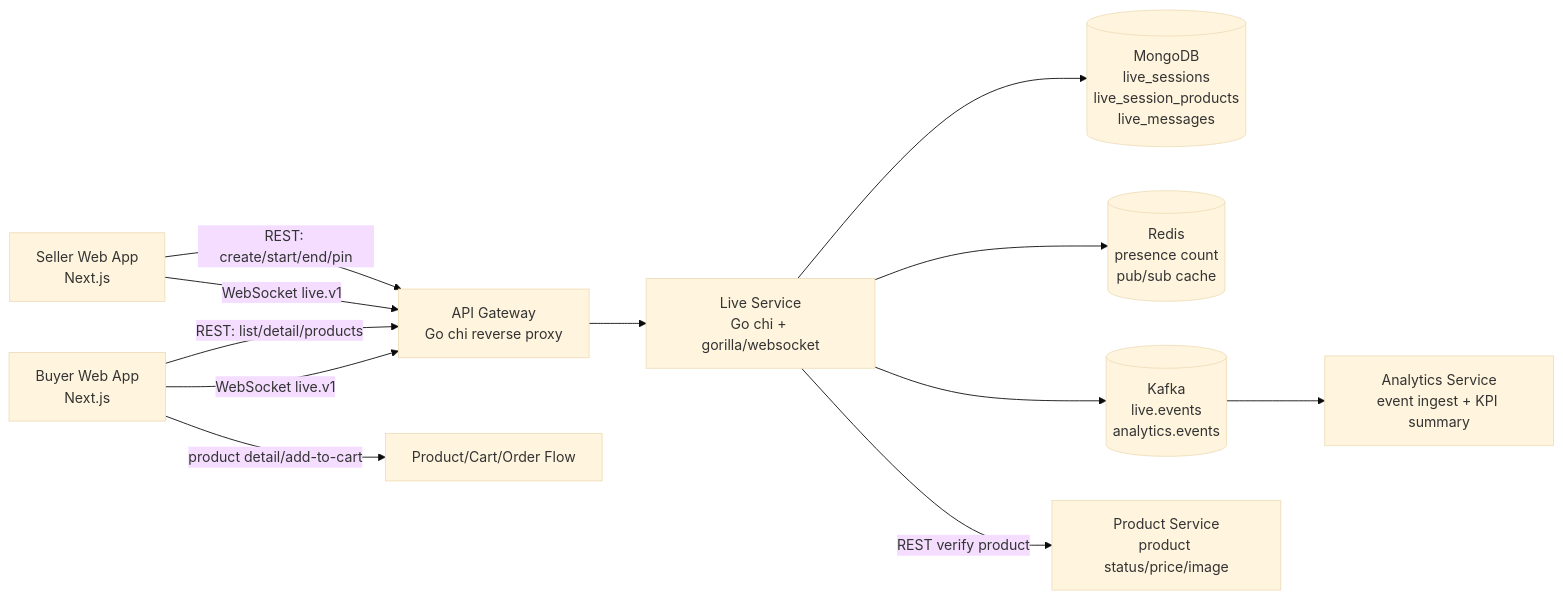
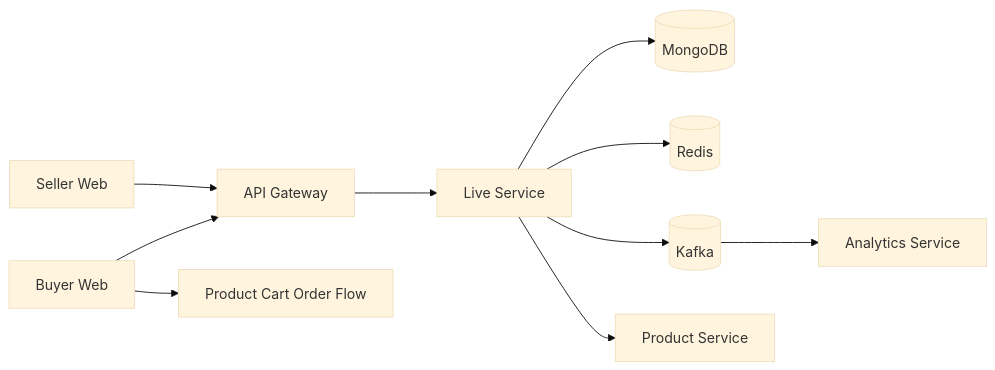
One commit to truong-devops/ecommerce-microservices changed the first of 5 diagrams in docs/architecture/livestream-service-diagrams.md. Above: the diagram before and after it, drawn with Mermaid (base theme). The commit also changed other lines of this file and 17 other files, not shown here.

Commit message:
docs(media-commerce): add devsecops guides and diagrams

````diff
--- a/docs/architecture/livestream-service-diagrams.md
+++ b/docs/architecture/livestream-service-diagrams.md
@@ -8,17 +8,14 @@
 ```mermaid
-flowchart LR
-  Seller[Seller Web App<br/>Next.js] -->|REST: create/start/end/pin| Gateway[API Gateway<br/>Go chi reverse proxy]
-  Buyer[Buyer Web App<br/>Next.js] -->|REST: list/detail/products| Gateway
-  Buyer -->|WebSocket live.v1| Gateway
-  Seller -->|WebSocket live.v1| Gateway
+graph LR
+  Seller[Seller Web] --> Gateway[API Gateway]
+  Buyer[Buyer Web] --> Gateway
+  Gateway --> Live[Live Service]
 
-  Gateway --> Live[Live Service<br/>Go chi + gorilla/websocket]
+  Live --> Mongo[(MongoDB)]
+  Live --> Redis[(Redis)]
+  Live --> Kafka[(Kafka)]
+  Live --> Product[Product Service]
 
-  Live --> Mongo[(MongoDB<br/>live_sessions<br/>live_session_products<br/>live_messages)]
-  Live --> Redis[(Redis<br/>presence count<br/>pub/sub cache)]
-  Live --> Kafka[(Kafka<br/>live.events<br/>analytics.events)]
-  Live -->|REST verify product| Product[Product Service<br/>product status/price/image]
-
-  Kafka --> Analytics[Analytics Service<br/>event ingest + KPI summary]
-  Buyer -->|product detail/add-to-cart| Commerce[Product/Cart/Order Flow]
+  Kafka --> Analytics[Analytics Service]
+  Buyer --> Commerce[Product Cart Order Flow]
 ```
````
